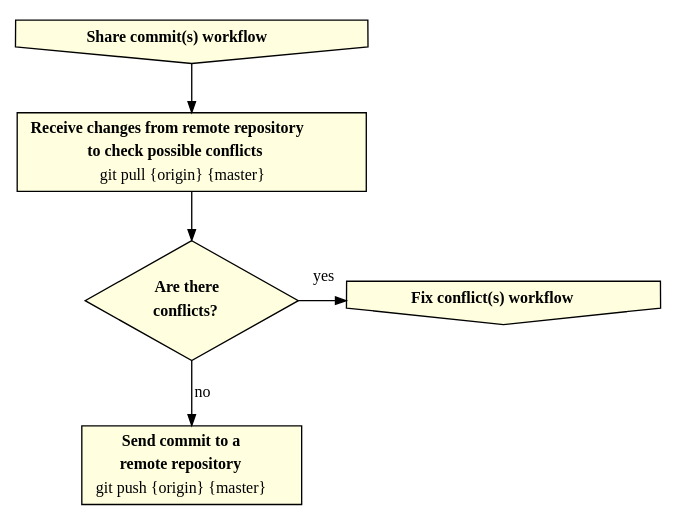
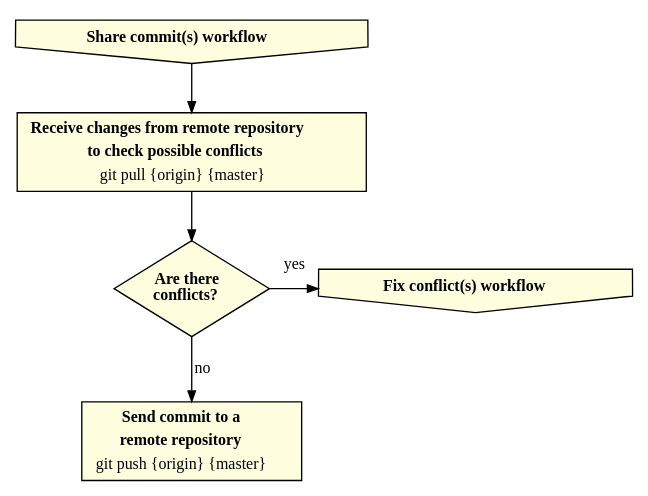
The diagram in flowchart/sharing-workflow.gv (fabriciofx/gitflowchart), drawn with Graphviz before and after one commit. The commit also changed 5 other files, not shown here.

```diff
--- a/flowchart/sharing-workflow.gv
+++ b/flowchart/sharing-workflow.gv
@@ -1,67 +1,63 @@
 digraph sharingworkflow {
     splines = line;
 
     edge [
         arrowsize = 0.8,
         fontname = "Verdana",
         fontsize = 12
     ]
 
     node [
         shape = rect,
         style = filled,
         fillcolor = lightyellow,
         fontname = "Verdana",
         fontsize = 12
     ]
 
     // workflow
     share_commit [
         shape = invhouse,
         label = <<b>Share commit(s) workflow</b>>
     ]
     fix_conflicts [
         shape = invhouse,
         label = <<b>Fix conflict(s) workflow</b>>
     ]
 
     // decisions
     are_there_conflicts [
         shape = diamond,
-        label = <
-            <table border="0" cellborder="0" cellspacing="1">
-            <tr><td><b>Are there</b></td></tr>
-            <tr><td><b>conflicts?</b></td></tr>
-            </table>
-        >
+        label = <<b>Are there<br/>conflicts?</b>>,
+        height = 1
     ]
 
     // commands
     git_pull [
         label = <
             <table border="0" cellborder="0" cellspacing="0">
             <tr><td><b>Receive changes from remote repository</b></td></tr>
             <tr><td><b>to check possible conflicts</b></td></tr>
             <tr><td>git pull {origin} {master}</td></tr>
             </table>
         >
     ]
     git_push [
         label = <
             <table border="0" cellborder="0" cellspacing="0">
             <tr><td><b>Send commit to a</b></td></tr>
             <tr><td><b>remote repository</b></td></tr>
             <tr><td>git push {origin} {master}</td></tr>
             </table>
         >
     ]
 
     // relations
     share_commit -> git_pull
     git_pull -> are_there_conflicts
     are_there_conflicts -> git_push [label = "no"]
     are_there_conflicts:e -> fix_conflicts [label = "yes", constraint = false]
 
     // put are_there_conflicts and fix_conflicts in the same row
     { rank = same; are_there_conflicts; fix_conflicts; }
 }
```
